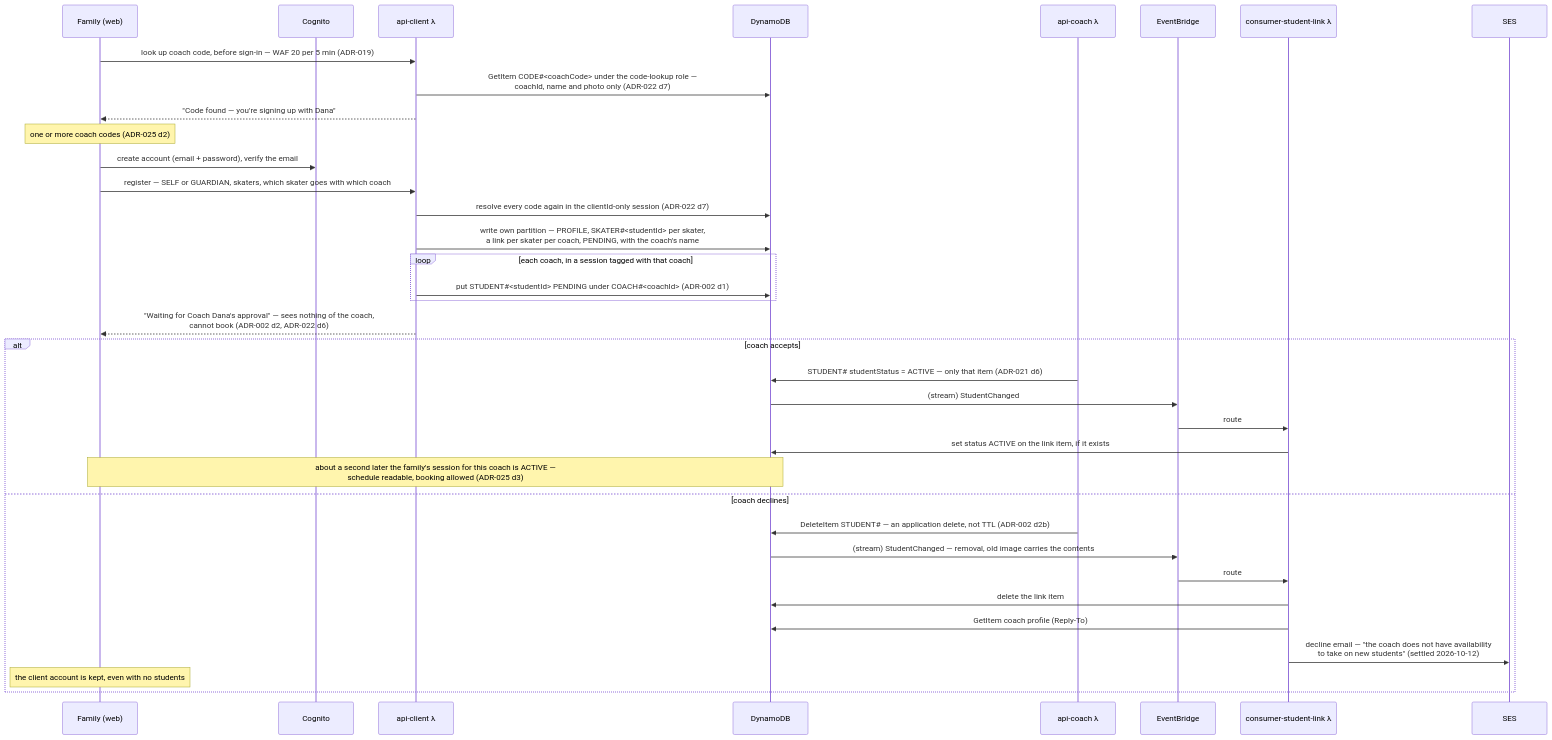
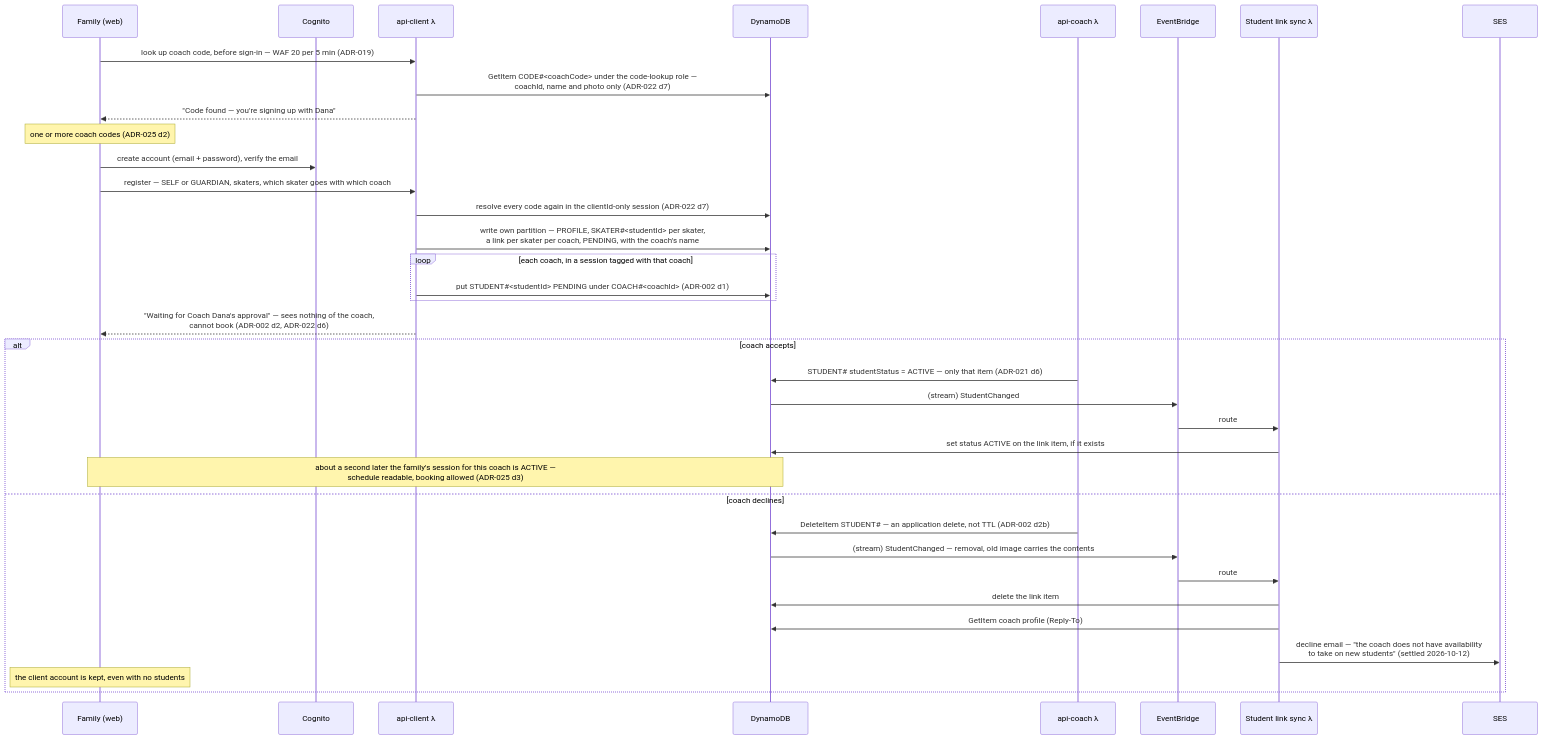
One commit to jessicamvega6/bladebook changed diagram 13 of 23 in docs/architecture.md. Above: the diagram before and after it, drawn with Mermaid. The commit also changed other lines of this file and 26 other files, not shown here.

First line of the commit message:
Design doc updates: diagrams synced, shared-lesson and leave rules

````diff
--- a/docs/architecture.md
+++ b/docs/architecture.md
@@ -998,38 +1283,38 @@
 ```mermaid
 sequenceDiagram
     participant F as Family (web)
     participant Cog as Cognito
     participant API as api-client λ
     participant DB as DynamoDB
     participant AC as api-coach λ
     participant Bus as EventBridge
-    participant SL as consumer-student-link λ
+    participant SL as Student link sync λ
     participant SES as SES
     F->>API: look up coach code, before sign-in — WAF 20 per 5 min (ADR-019)
     API->>DB: GetItem CODE#35;<coachCode> under the code-lookup role —<br/>coachId, name and photo only (ADR-022 d7)
     API-->>F: "Code found — you're signing up with Dana"
     Note over F: one or more coach codes (ADR-025 d2)
     F->>Cog: create account (email + password), verify the email
     F->>API: register — SELF or GUARDIAN, skaters, which skater goes with which coach
     API->>DB: resolve every code again in the clientId-only session (ADR-022 d7)
     API->>DB: write own partition — PROFILE, SKATER#35;<studentId> per skater,<br/>a link per skater per coach, PENDING, with the coach's name
     loop each coach, in a session tagged with that coach
         API->>DB: put STUDENT#35;<studentId> PENDING under COACH#35;<coachId> (ADR-002 d1)
     end
     API-->>F: "Waiting for Coach Dana's approval" — sees nothing of the coach,<br/>cannot book (ADR-002 d2, ADR-022 d6)
     alt coach accepts
         AC->>DB: STUDENT#35; studentStatus = ACTIVE — only that item (ADR-021 d6)
         DB->>Bus: (stream) StudentChanged
         Bus->>SL: route
         SL->>DB: set status ACTIVE on the link item, if it exists
         Note over F,DB: about a second later the family's session for this coach is ACTIVE —<br/>schedule readable, booking allowed (ADR-025 d3)
     else coach declines
         AC->>DB: DeleteItem STUDENT#35; — an application delete, not TTL (ADR-002 d2b)
         DB->>Bus: (stream) StudentChanged — removal, old image carries the contents
         Bus->>SL: route
         SL->>DB: delete the link item
         SL->>DB: GetItem coach profile (Reply-To)
         SL->>SES: decline email — "the coach does not have availability<br/>to take on new students" (settled 2026-10-12)
         Note over F: the client account is kept, even with no students
     end
 ```
````
